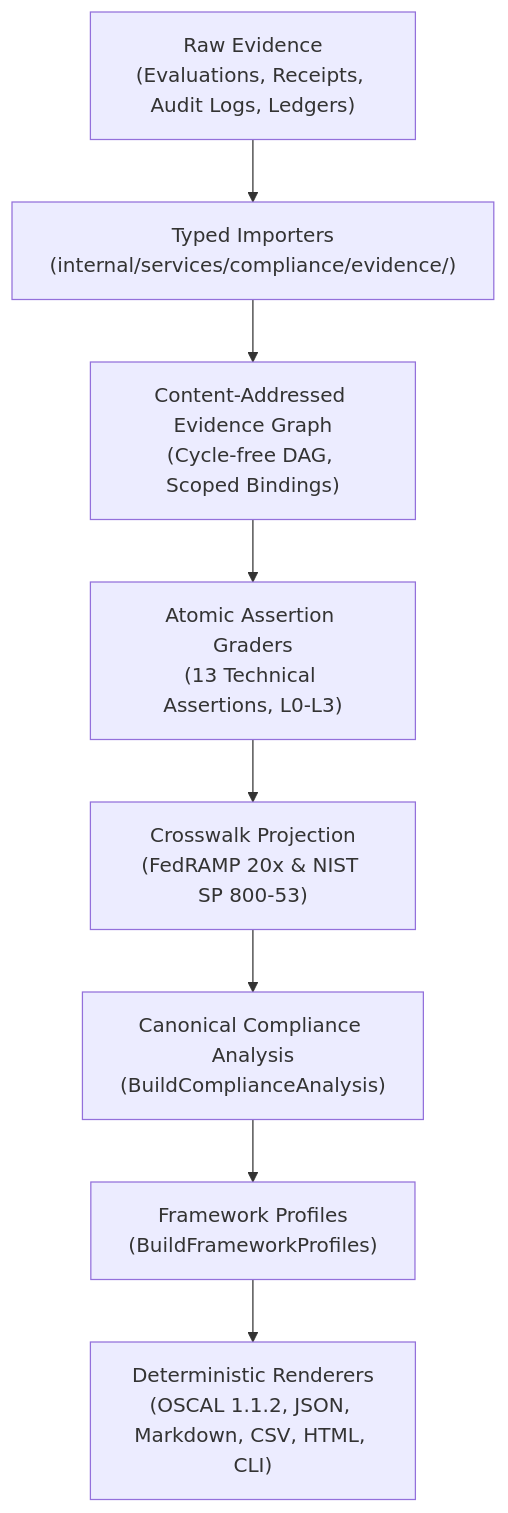
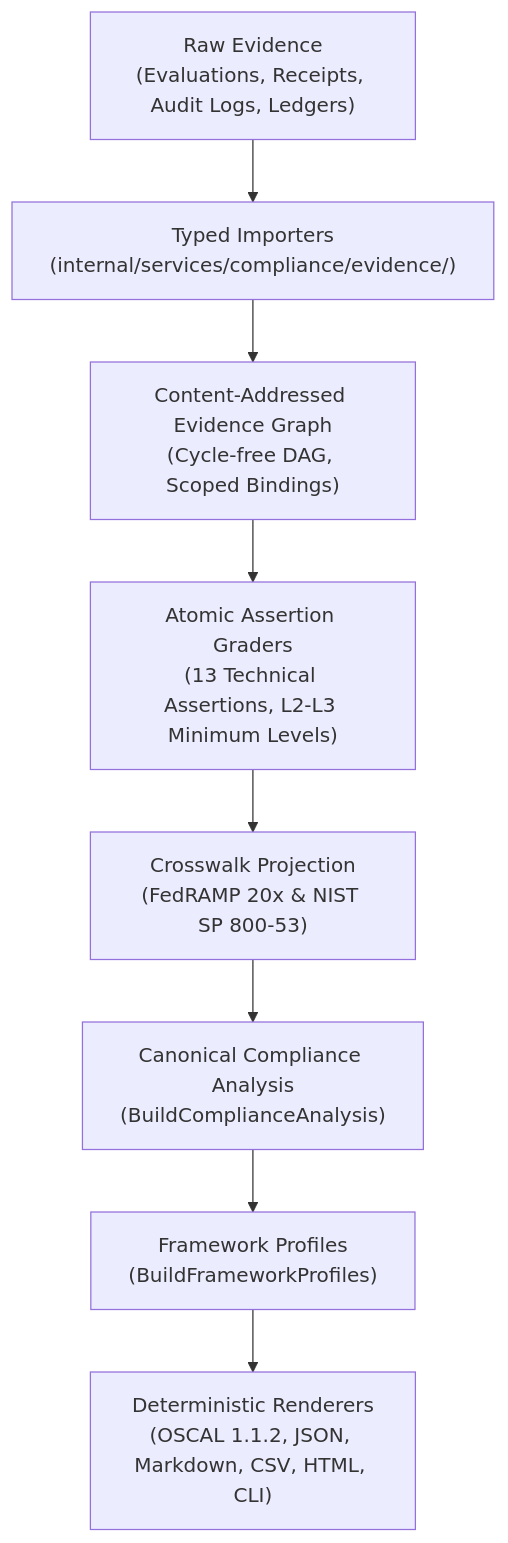
Before and after one commit to zerotrustdata/ztd: the diagram in docs/reference/compliance-alignment.md, drawn with Mermaid. The commit also changed other lines of this file and 826 other files, not shown here.

````diff
--- a/docs/reference/compliance-alignment.md
+++ b/docs/reference/compliance-alignment.md
@@ -58,10 +58,10 @@
 ```mermaid
 flowchart TD
     A["Raw Evidence\n(Evaluations, Receipts, Audit Logs, Ledgers)"] --> B["Typed Importers\n(internal/services/compliance/evidence/)"]
     B --> C["Content-Addressed Evidence Graph\n(Cycle-free DAG, Scoped Bindings)"]
-    C --> D["Atomic Assertion Graders\n(13 Technical Assertions, L0-L3)"]
+    C --> D["Atomic Assertion Graders\n(13 Technical Assertions, L2-L3 Minimum Levels)"]
     D --> E["Crosswalk Projection\n(FedRAMP 20x & NIST SP 800-53)"]
     E --> F["Canonical Compliance Analysis\n(BuildComplianceAnalysis)"]
     F --> G["Framework Profiles\n(BuildFrameworkProfiles)"]
     G --> H["Deterministic Renderers\n(OSCAL 1.1.2, JSON, Markdown, CSV, HTML, CLI)"]
 ```
````
